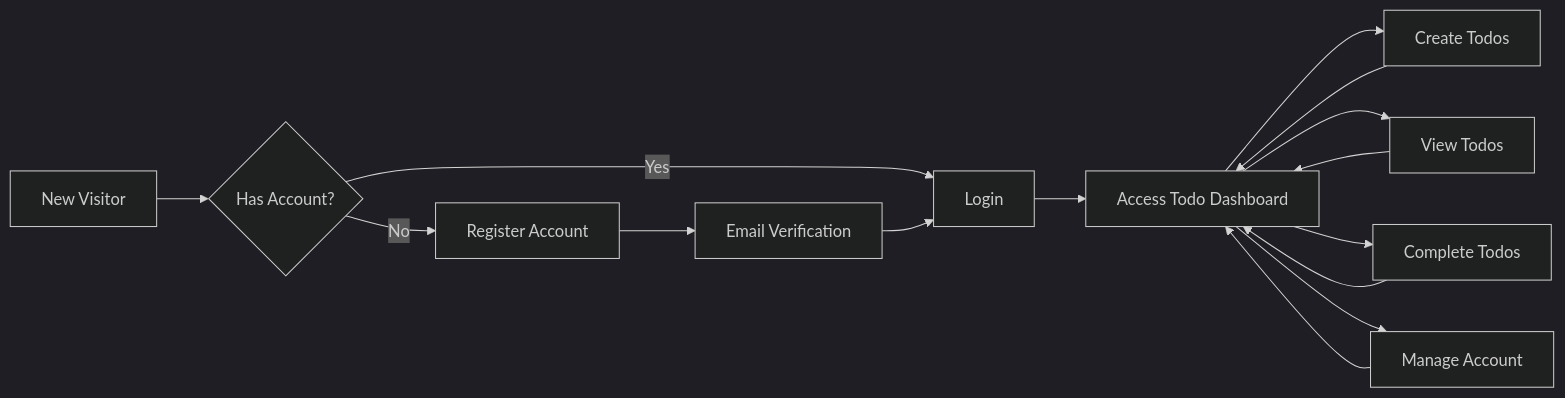
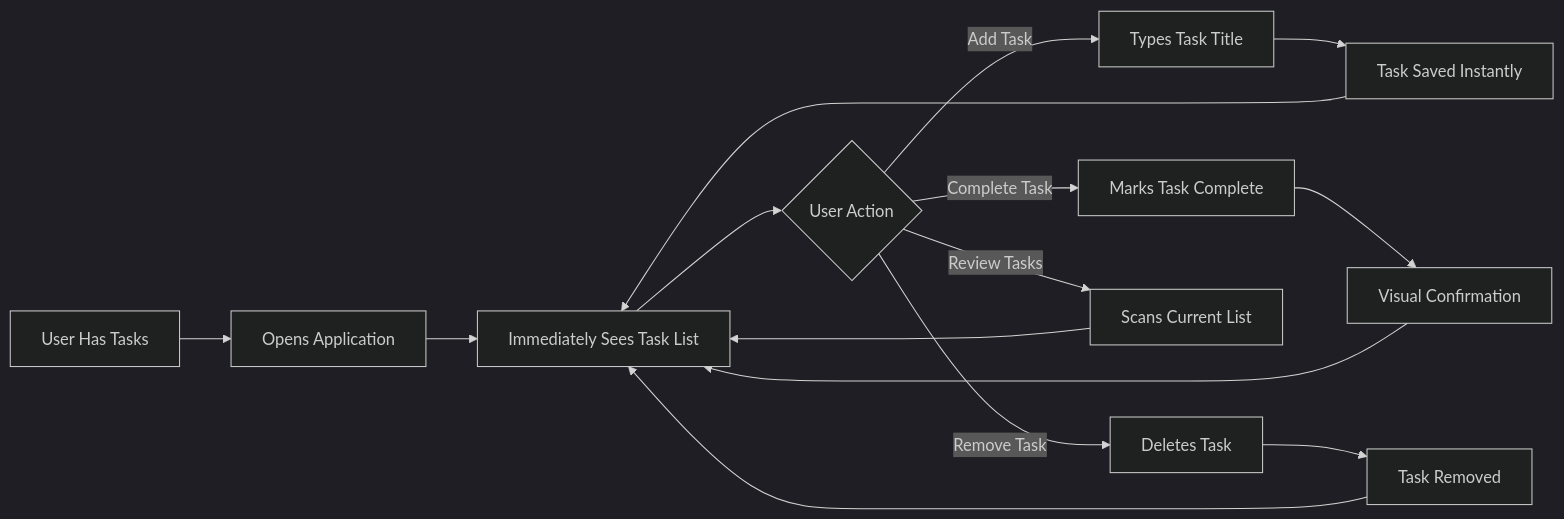
Before and after one commit to wrtnlabs/autobe-examples: the diagram in anthropic/claude-sonnet-4.5/todo/docs/analysis/01-service-overview.md, drawn with Mermaid (dark theme). The commit also changed other lines of this file and 8017 other files, not shown here.

````diff
--- a/anthropic/claude-sonnet-4.5/todo/docs/analysis/01-service-overview.md
+++ b/anthropic/claude-sonnet-4.5/todo/docs/analysis/01-service-overview.md
@@ -316,17 +178,17 @@
 ```mermaid
 graph LR
-    A["New Visitor"] --> B{"Has Account?"}
-    B -->|"No"| C["Register Account"]
-    B -->|"Yes"| D["Login"]
-    C --> E["Email Verification"]
-    E --> D
-    D --> F["Access Todo Dashboard"]
-    F --> G["Create Todos"]
-    F --> H["View Todos"]
-    F --> I["Complete Todos"]
-    F --> J["Manage Account"]
-    G --> F
-    H --> F
-    I --> F
-    J --> F
+    A["User Has Tasks"] --> B["Opens Application"]
+    B --> C["Immediately Sees Task List"]
+    C --> D{"User Action"}
+    D -->|"Add Task"| E["Types Task Title"]
+    E --> F["Task Saved Instantly"]
+    F --> C
+    D -->|"Complete Task"| G["Marks Task Complete"]
+    G --> H["Visual Confirmation"]
+    H --> C
+    D -->|"Remove Task"| I["Deletes Task"]
+    I --> J["Task Removed"]
+    J --> C
+    D -->|"Review Tasks"| K["Scans Current List"]
+    K --> C
 ```
````
